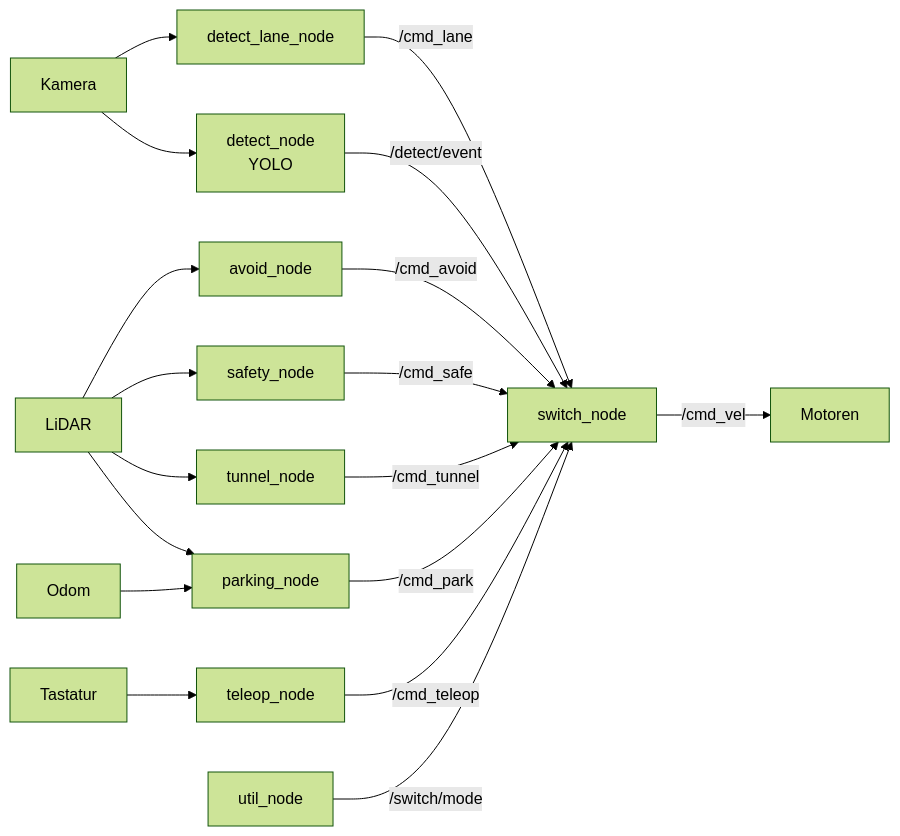
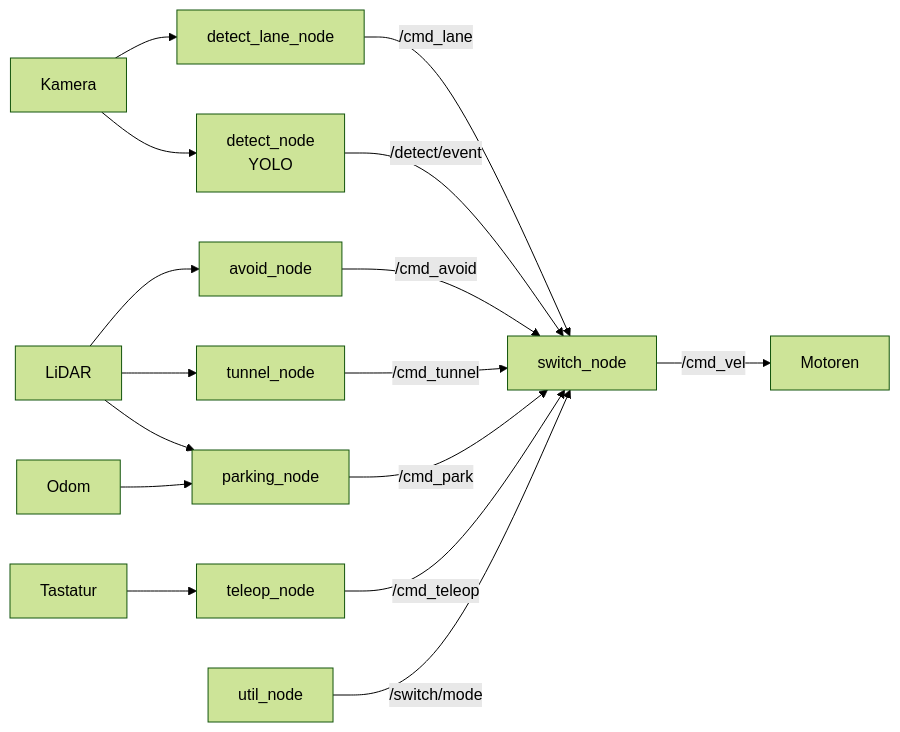
The fourth of 4 diagrams in docs/URMC–Technisches_Konzept.md (NaiRolF878/TurtleBot3-URMC), drawn with Mermaid (forest theme) before and after one commit. The commit also changed other lines of this file and 9 other files, not shown here.

````diff
--- a/docs/URMC–Technisches_Konzept.md
+++ b/docs/URMC–Technisches_Konzept.md
@@ -200,23 +195,21 @@
 ```mermaid
 flowchart LR
     CAM[Kamera] --> DL[detect_lane_node]
     CAM --> DET[detect_node\nYOLO]
     LIDAR[LiDAR] --> AV[avoid_node]
-    LIDAR --> SAF[safety_node]
     LIDAR --> TUN[tunnel_node]
     LIDAR --> PAR[parking_node]
     ODOM[Odom] --> PAR
     KEY[Tastatur] --> TEL[teleop_node]
 
     DL -->|/cmd_lane| SW[switch_node]
     DET -->|/detect/event| SW
     AV -->|/cmd_avoid| SW
-    SAF -->|/cmd_safe| SW
     TUN -->|/cmd_tunnel| SW
     PAR -->|/cmd_park| SW
     TEL -->|/cmd_teleop| SW
 
     UTIL[util_node] -->|/switch/mode| SW
     SW -->|/cmd_vel| MOT[Motoren]
 
 ```
````
